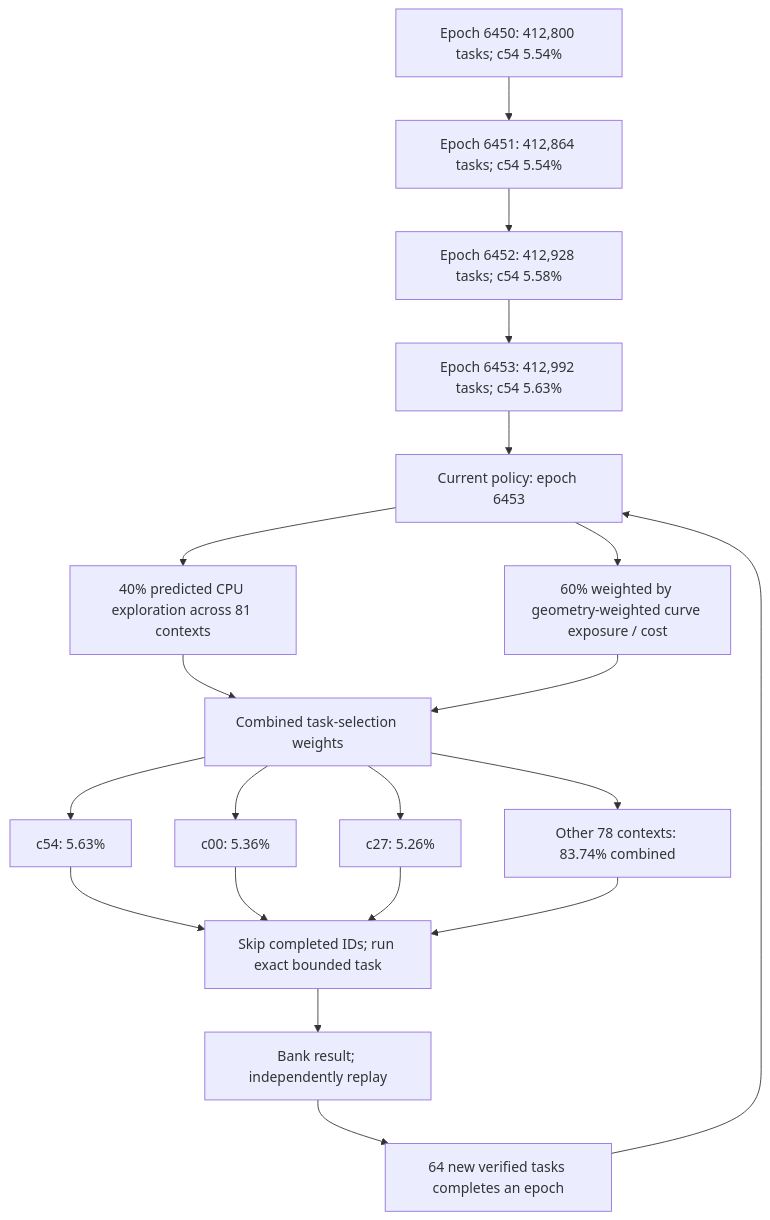
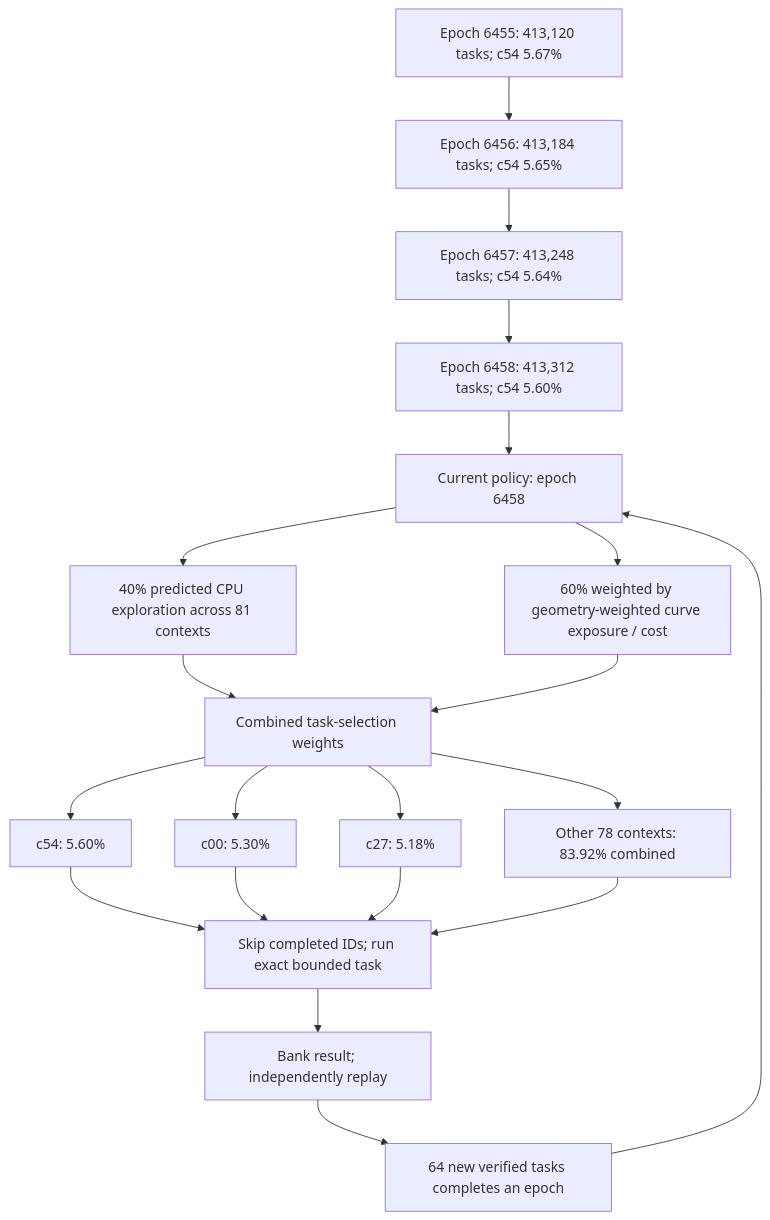
Before and after one commit to Kuberwastaken/math-gambling: the first of 4 diagrams in README.md, drawn with Mermaid. The commit also changed other lines of this file and 1315 other files, not shown here.

````diff
--- a/README.md
+++ b/README.md
@@ -60,27 +60,27 @@
 ```mermaid
 flowchart TD
-    H0["Epoch 6450: 412,800 tasks; c54 5.54%"]
-    H1["Epoch 6451: 412,864 tasks; c54 5.54%"]
+    H0["Epoch 6455: 413,120 tasks; c54 5.67%"]
+    H1["Epoch 6456: 413,184 tasks; c54 5.65%"]
     H0 --> H1
-    H2["Epoch 6452: 412,928 tasks; c54 5.58%"]
+    H2["Epoch 6457: 413,248 tasks; c54 5.64%"]
     H1 --> H2
-    H3["Epoch 6453: 412,992 tasks; c54 5.63%"]
+    H3["Epoch 6458: 413,312 tasks; c54 5.60%"]
     H2 --> H3
-    Policy["Current policy: epoch 6453"]
+    Policy["Current policy: epoch 6458"]
     H3 --> Policy
     Policy --> Explore["40% predicted CPU exploration across 81 contexts"]
     Policy --> Cost["60% weighted by geometry-weighted curve exposure / cost"]
     Explore --> Mix["Combined task-selection weights"]
     Cost --> Mix
-    Mix --> C0["c54: 5.63%"]
-    Mix --> C1["c00: 5.36%"]
-    Mix --> C2["c27: 5.26%"]
-    Mix --> Rest["Other 78 contexts: 83.74% combined"]
+    Mix --> C0["c54: 5.60%"]
+    Mix --> C1["c00: 5.30%"]
+    Mix --> C2["c27: 5.18%"]
+    Mix --> Rest["Other 78 contexts: 83.92% combined"]
     C0 --> Check["Skip completed IDs; run exact bounded task"]
     C1 --> Check
     C2 --> Check
     Rest --> Check
     Check --> Replay["Bank result; independently replay"]
     Replay --> Gate["64 new verified tasks completes an epoch"]
     Gate --> Policy
 ```
````
